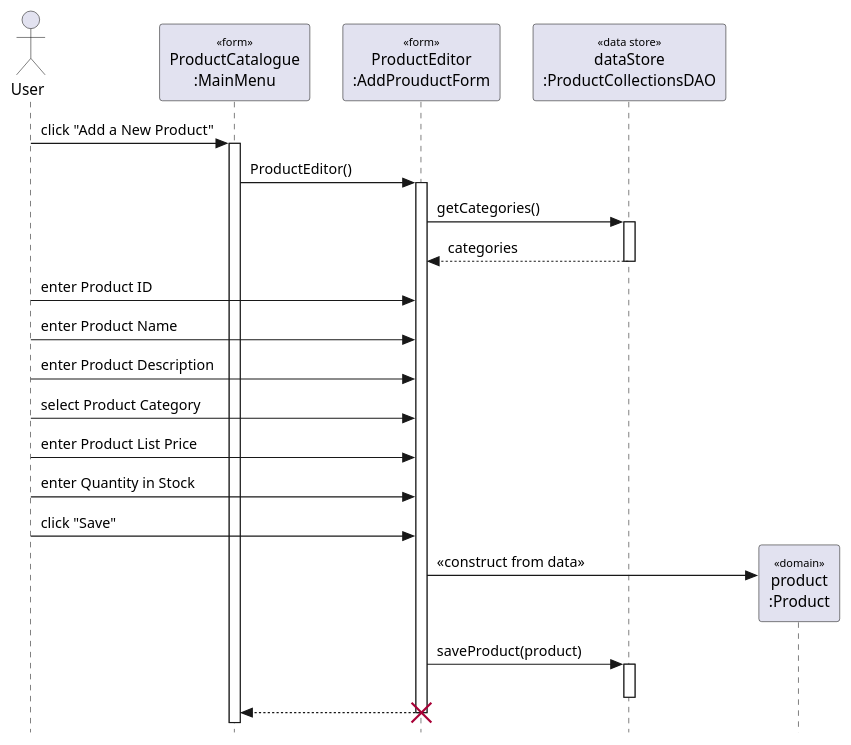
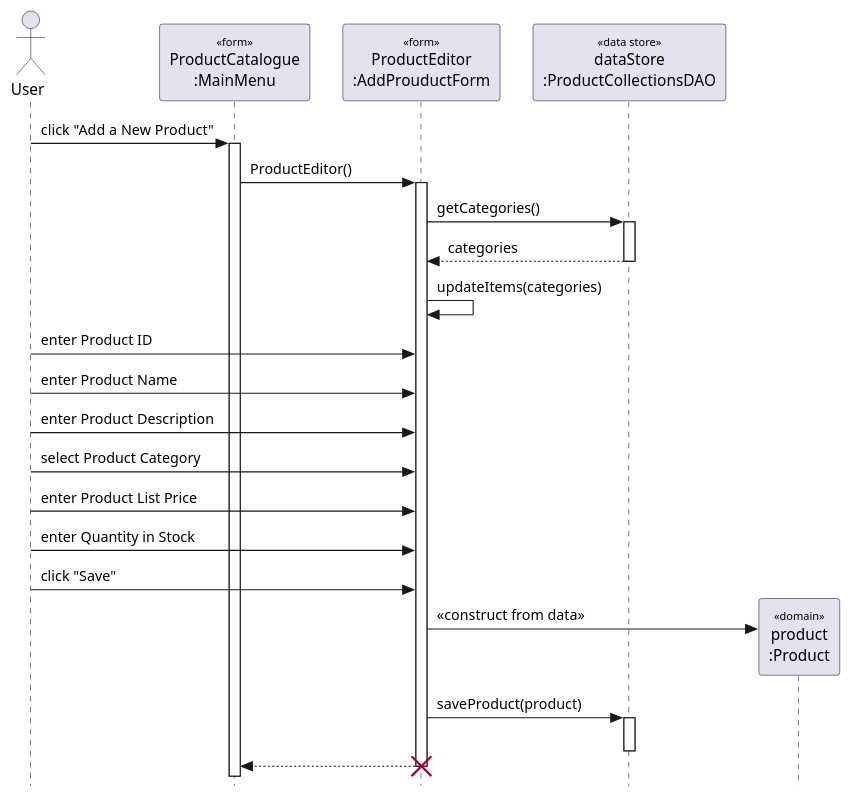
One commit to shaystevens/INFO201-etail changed the diagram in etail/addproductsequencediagram.puml. Above: the diagram before and after it, drawn with PlantUML.

Commit message:
update items

```diff
--- a/etail/addproductsequencediagram.puml
+++ b/etail/addproductsequencediagram.puml
@@ -1,51 +1,53 @@
 @startuml add product
 ' === Style Tweaks ===
 
 skinparam {
   Style StrictUML
   RoundCorner 5
   ParticipantPadding 10
   Padding 2
   SequenceStereotype {
     Font {
       Size 10
       Style plain
     }
   }
 }
 
 ' === Actors / Participants
 actor "User" as user
 participant "ProductCatalogue\n:MainMenu" as menu <<form>>
 participant "ProductEditor\n:AddProuductForm" as addProduct <<form>>
 participant "dataStore\n:ProductCollectionsDAO" as dataStore <<data store>>
 participant "product\n:Product" as product <<domain>>
 
 ' === Messages ===
 user -> menu : click "Add a New Product"
 menu++
 menu -> addProduct : ProductEditor()
 addProduct++
 
 addProduct -> dataStore : getCategories()
 dataStore++
 return categories 
 
+addProduct -> addProduct : updateItems(categories)
+
 user -> addProduct : enter Product ID
 user -> addProduct : enter Product Name
 user -> addProduct : enter Product Description
 user -> addProduct : select Product Category
 user -> addProduct : enter Product List Price
 user -> addProduct : enter Quantity in Stock
 
 user -> addProduct : click "Save"
 create product
 addProduct -> product : <<construct from data>>
 
 addProduct -> dataStore : saveProduct(product)
 dataStore++
 dataStore--
 
 addProduct --> menu
 destroy addProduct
 @enduml
```
